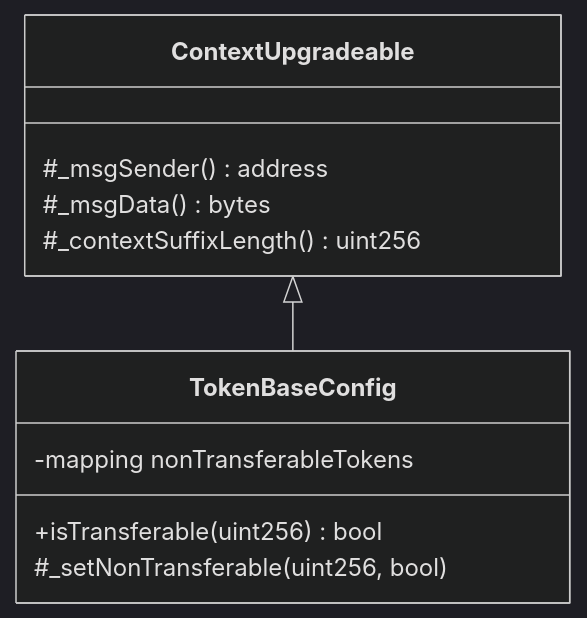
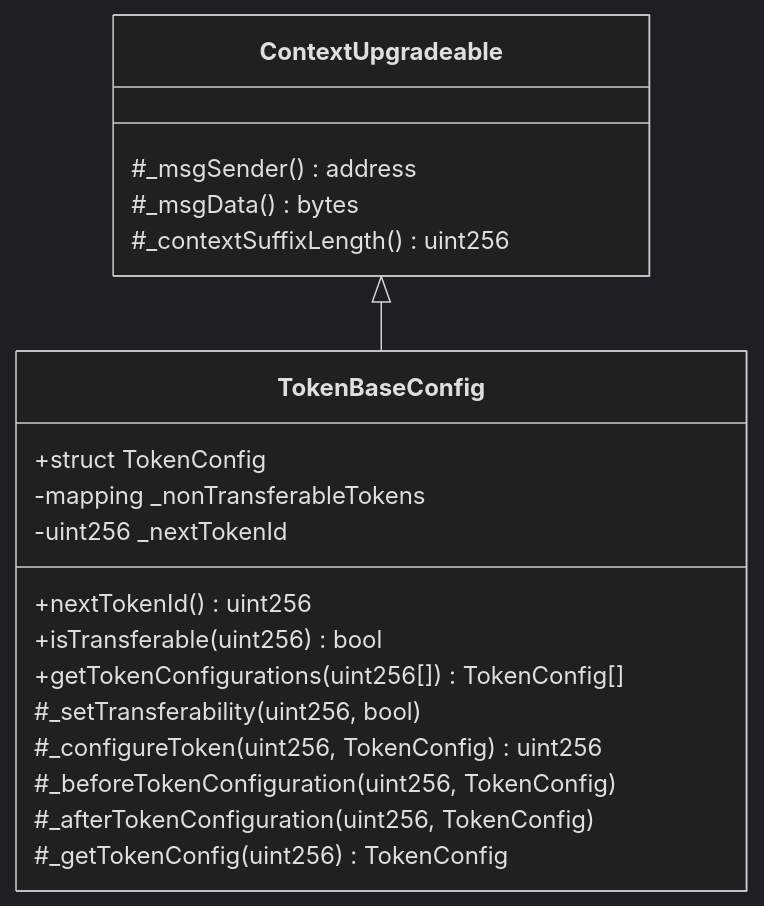
One commit to glanzz/evmauth-core changed the second of 18 diagrams in src/README.md. Above: the diagram before and after it, drawn with Mermaid (dark theme). The commit also changed other lines of this file and 9 other files, not shown here.

Commit message:
feat: unified token configuration

````diff
--- a/src/README.md
+++ b/src/README.md
@@ -217,15 +251,23 @@
 ```mermaid
 classDiagram
     class ContextUpgradeable{
         #_msgSender() address
         #_msgData() bytes
         #_contextSuffixLength() uint256
     }
     class TokenBaseConfig{
-        -mapping nonTransferableTokens
+        +struct TokenConfig
+        -mapping _nonTransferableTokens
+        -uint256 _nextTokenId
+        +nextTokenId() uint256
         +isTransferable(uint256) bool
-        #_setNonTransferable(uint256, bool)
+        +getTokenConfigurations(uint256[]) TokenConfig[]
+        #_setTransferability(uint256, bool)
+        #_configureToken(uint256, TokenConfig) uint256
+        #_beforeTokenConfiguration(uint256, TokenConfig)
+        #_afterTokenConfiguration(uint256, TokenConfig)
+        #_getTokenConfig(uint256) TokenConfig
     }
     
     ContextUpgradeable <|-- TokenBaseConfig
 ```
````
